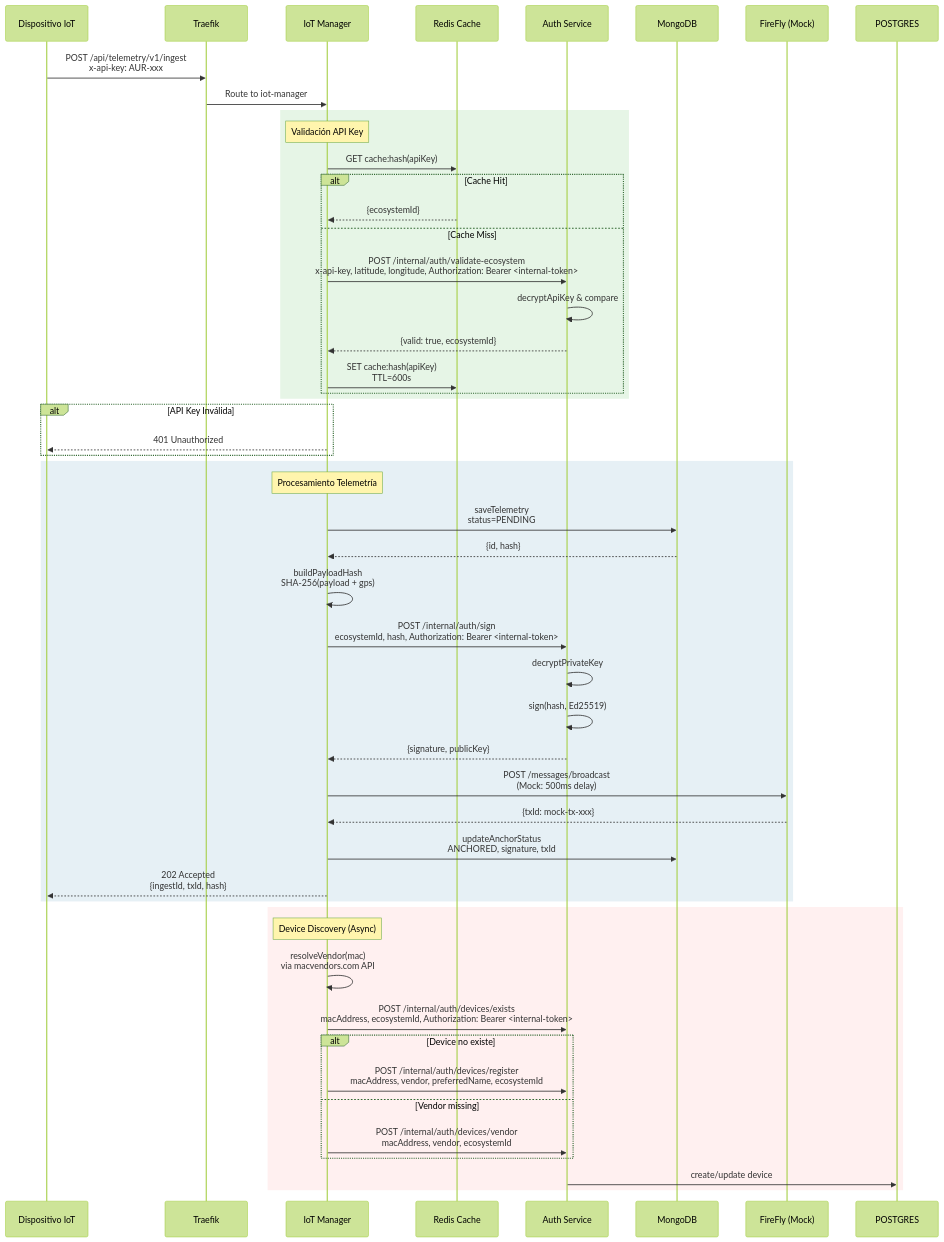
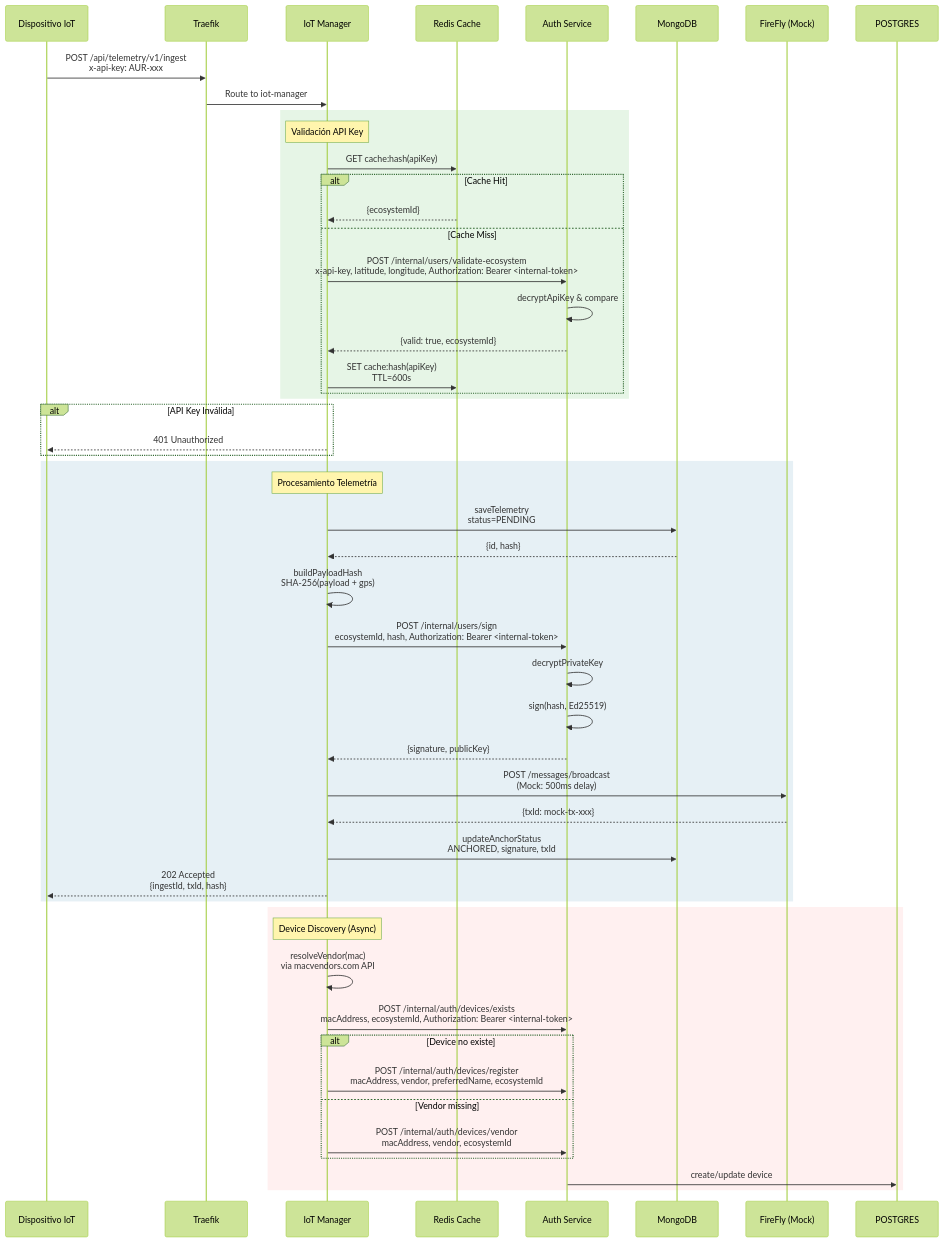
The third of 3 diagrams in docs/ARCHITECTURE.md (eromeroc97/TFG_AURORA_Blockchain), drawn with Mermaid (forest theme) before and after one commit. The commit also changed 9 other files, not shown here.

````diff
--- a/docs/ARCHITECTURE.md
+++ b/docs/ARCHITECTURE.md
@@ -215,62 +215,62 @@
 ```mermaid
 
 sequenceDiagram
     participant DISP as Dispositivo IoT
     participant TRAEFIK as Traefik
     participant IOT as IoT Manager
     participant REDIS as Redis Cache
     participant AUTH as Auth Service
     participant MONGO as MongoDB
     participant FIREFLY as FireFly (Mock)
 
     DISP->>TRAEFIK: POST /api/telemetry/v1/ingest<br/>x-api-key: AUR-xxx
     TRAEFIK->>IOT: Route to iot-manager
     
     rect rgb(230, 245, 230)
         Note over IOT: Validación API Key
         IOT->>REDIS: GET cache:hash(apiKey)
         alt Cache Hit
             REDIS-->>IOT: {ecosystemId}
         else Cache Miss
-            IOT->>AUTH: POST /internal/auth/validate-ecosystem<br/>x-api-key, latitude, longitude, Authorization: Bearer <internal-token>
+            IOT->>AUTH: POST /internal/users/validate-ecosystem<br/>x-api-key, latitude, longitude, Authorization: Bearer <internal-token>
             AUTH->>AUTH: decryptApiKey & compare
             AUTH-->>IOT: {valid: true, ecosystemId}
             IOT->>REDIS: SET cache:hash(apiKey)<br/>TTL=600s
         end
     end
     
     alt API Key Inválida
         IOT-->>DISP: 401 Unauthorized
     end
     
     rect rgb(230, 240, 245)
         Note over IOT: Procesamiento Telemetría
         IOT->>MONGO: saveTelemetry<br/>status=PENDING
         MONGO-->>IOT: {id, hash}
         
         IOT->>IOT: buildPayloadHash<br/>SHA-256(payload + gps)
         
-        IOT->>AUTH: POST /internal/auth/sign<br/>ecosystemId, hash, Authorization: Bearer <internal-token>
+        IOT->>AUTH: POST /internal/users/sign<br/>ecosystemId, hash, Authorization: Bearer <internal-token>
         AUTH->>AUTH: decryptPrivateKey
         AUTH->>AUTH: sign(hash, Ed25519)
         AUTH-->>IOT: {signature, publicKey}
         
         IOT->>FIREFLY: POST /messages/broadcast<br/>(Mock: 500ms delay)
         FIREFLY-->>IOT: {txId: mock-tx-xxx}
         
         IOT->>MONGO: updateAnchorStatus<br/>ANCHORED, signature, txId
         IOT-->>DISP: 202 Accepted<br/>{ingestId, txId, hash}
     end
     
     rect rgb(255, 240, 240)
         Note over IOT: Device Discovery (Async)
         IOT->>IOT: resolveVendor(mac)<br/>via macvendors.com API
         IOT->>AUTH: POST /internal/auth/devices/exists<br/>macAddress, ecosystemId, Authorization: Bearer <internal-token>
         alt Device no existe
             IOT->>AUTH: POST /internal/auth/devices/register<br/>macAddress, vendor, preferredName, ecosystemId
         else Vendor missing
             IOT->>AUTH: POST /internal/auth/devices/vendor<br/>macAddress, vendor, ecosystemId
         end
         AUTH->>POSTGRES: create/update device
     end
 ```
````
